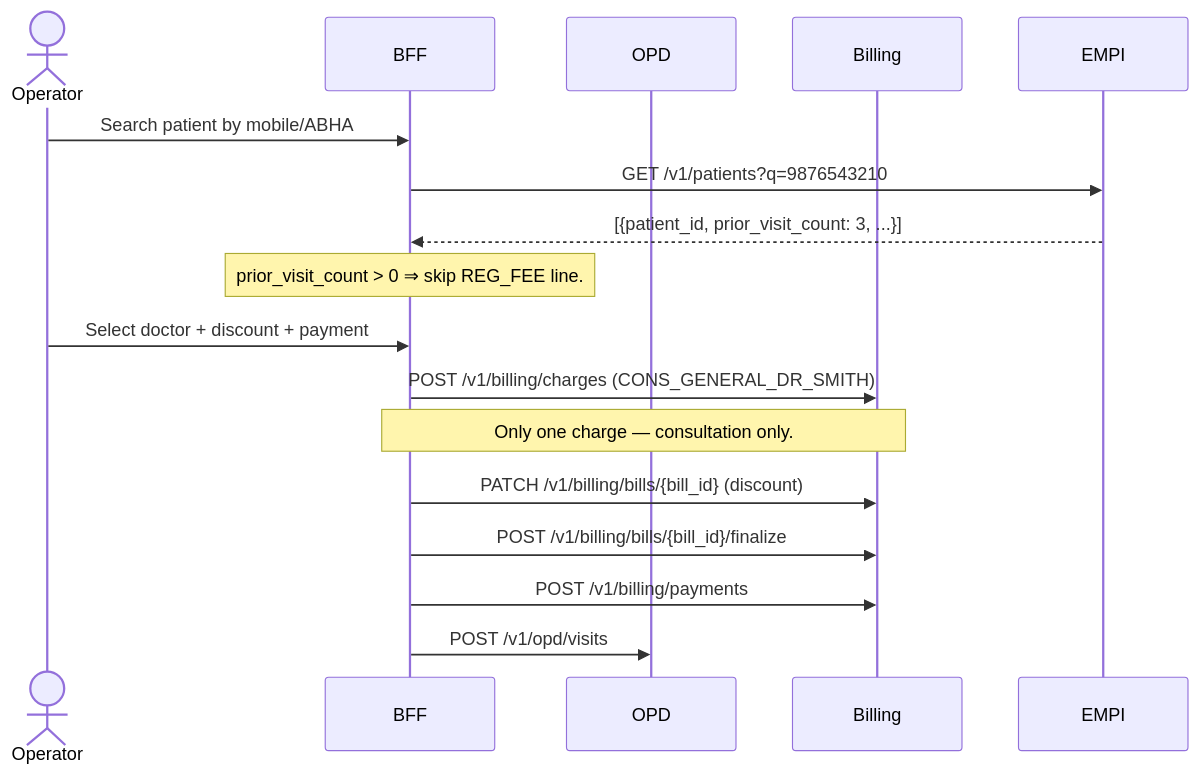
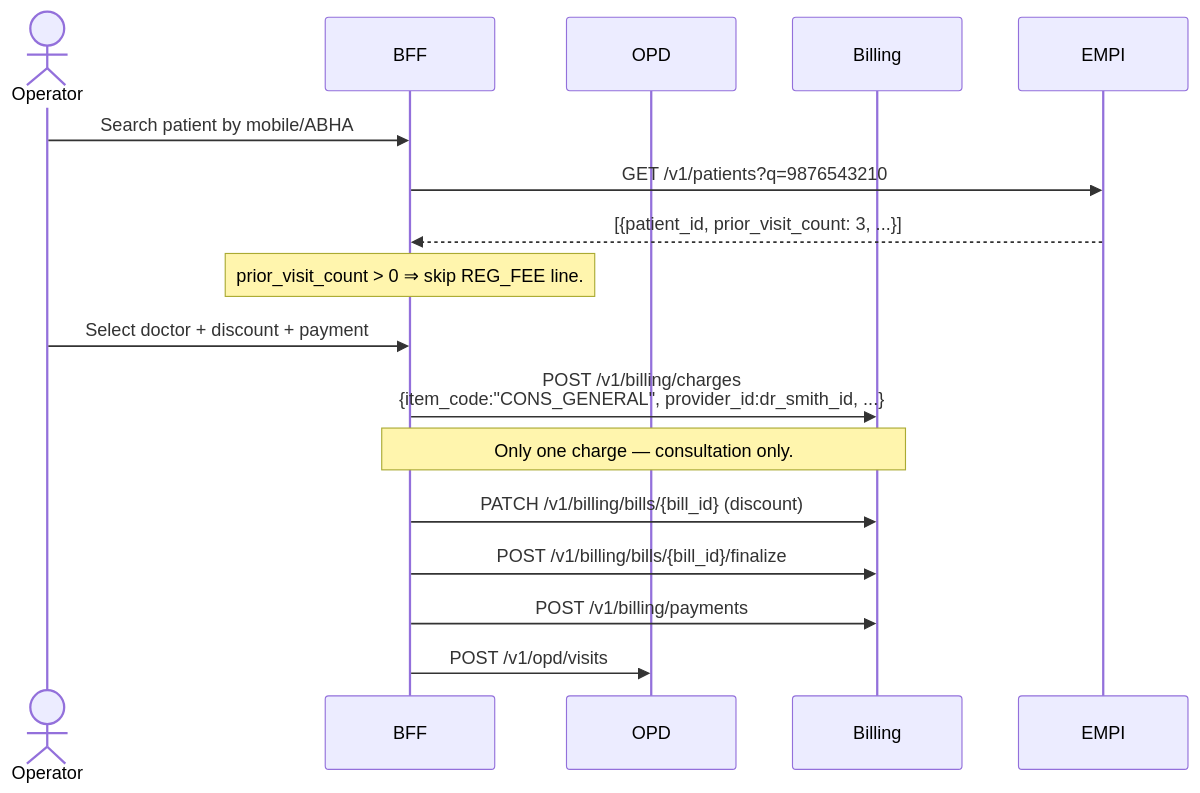
One commit to IQ-Line/HospitalSaarthi changed the second of 7 diagrams in docs/architecture/lld/billing/02-scenarios.md. Above: the diagram before and after it, drawn with Mermaid. The commit also changed other lines of this file and 7 other files, not shown here.

First line of the commit message:
docs(billing): trim Phase 1 columns + add provider_id to service_master

````diff
--- a/docs/architecture/lld/billing/02-scenarios.md
+++ b/docs/architecture/lld/billing/02-scenarios.md
@@ -109,21 +109,21 @@
 ```mermaid
 sequenceDiagram
     actor Operator
     participant BFF
     participant OPD
     participant Billing
     participant EMPI
 
     Operator->>BFF: Search patient by mobile/ABHA
     BFF->>EMPI: GET /v1/patients?q=9876543210
     EMPI-->>BFF: [{patient_id, prior_visit_count: 3, ...}]
     Note over BFF: prior_visit_count > 0 ⇒ skip REG_FEE line.
 
     Operator->>BFF: Select doctor + discount + payment
-    BFF->>Billing: POST /v1/billing/charges (CONS_GENERAL_DR_SMITH)
+    BFF->>Billing: POST /v1/billing/charges<br/>{item_code:"CONS_GENERAL", provider_id:dr_smith_id, ...}
     Note over BFF,Billing: Only one charge — consultation only.
     BFF->>Billing: PATCH /v1/billing/bills/{bill_id} (discount)
     BFF->>Billing: POST /v1/billing/bills/{bill_id}/finalize
     BFF->>Billing: POST /v1/billing/payments
     BFF->>OPD: POST /v1/opd/visits
 ```
````
